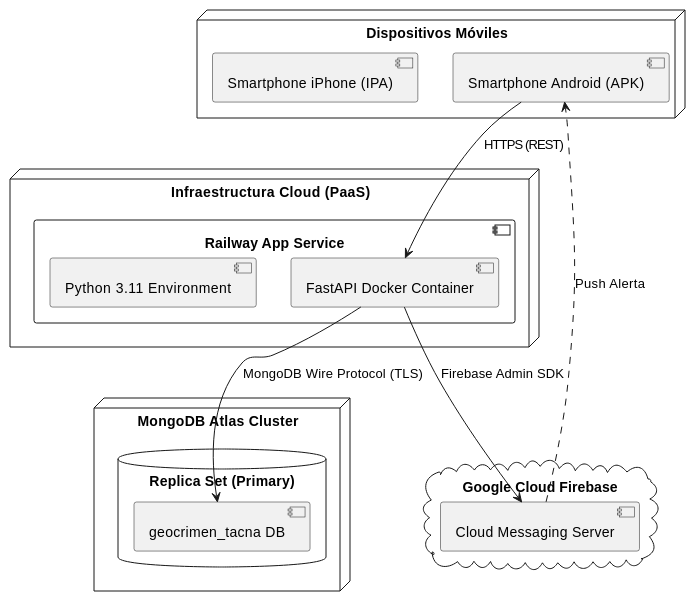
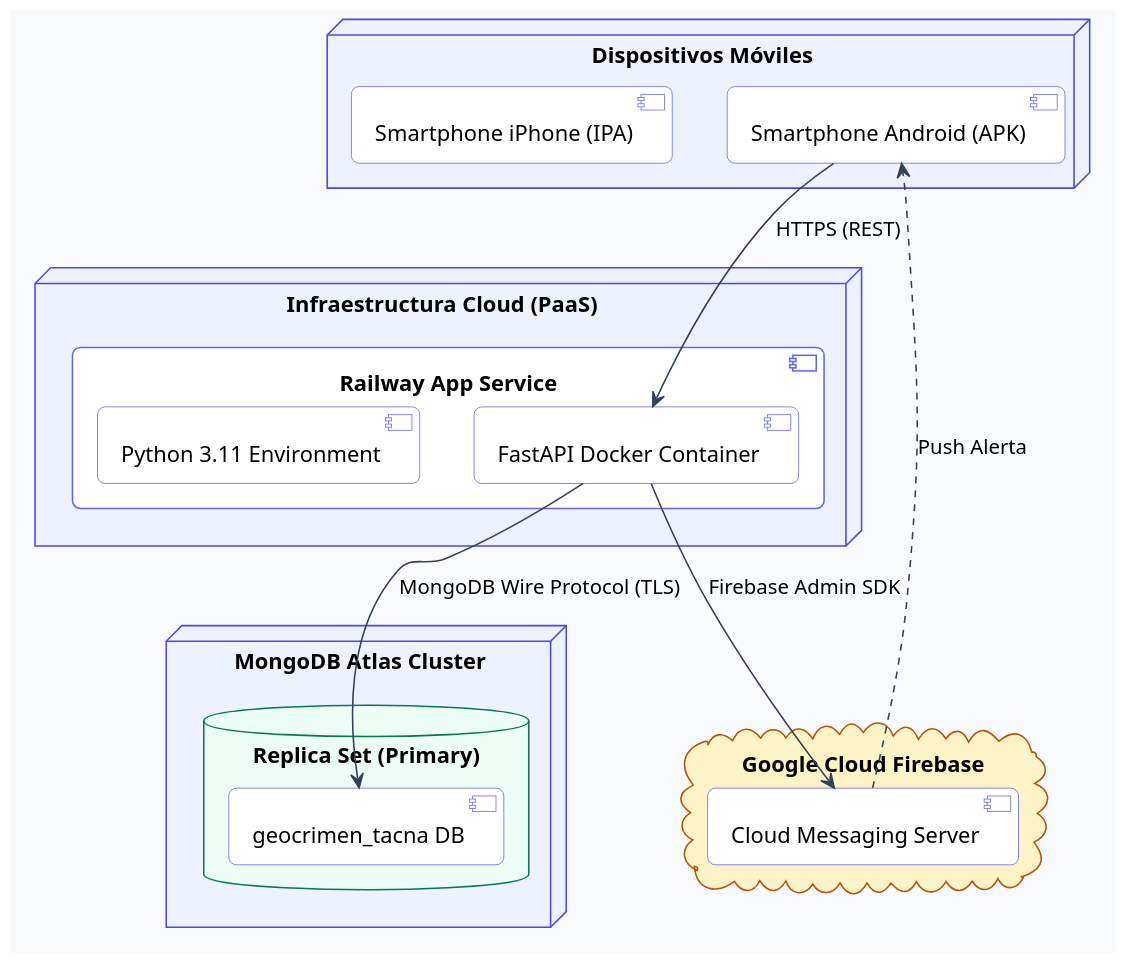
The sixth of 6 diagrams in docs/FD04-EPIS-Informe SAD de Proyecto.md (pieroalexanderppc/sgeo_pp), drawn with PlantUML before and after one commit. The commit also changed other lines of this file and 15 other files, not shown here.

````diff
--- a/docs/FD04-EPIS-Informe SAD de Proyecto.md
+++ b/docs/FD04-EPIS-Informe SAD de Proyecto.md
@@ -308,30 +362,45 @@
 ```plantuml
 @startuml
+skinparam shadowing false
+skinparam roundcorner 10
+skinparam dpi 150
+skinparam defaultFontName Segoe UI
+skinparam backgroundColor #F8FAFC
+skinparam ArrowColor #334155
+skinparam NodeBackgroundColor #EEF2FF
+skinparam NodeBorderColor #4F46E5
+skinparam ComponentBackgroundColor #FFFFFF
+skinparam ComponentBorderColor #6366F1
+skinparam DatabaseBackgroundColor #ECFDF5
+skinparam DatabaseBorderColor #047857
+skinparam CloudBackgroundColor #FEF3C7
+skinparam CloudBorderColor #B45309
+
 node "Dispositivos Móviles" {
   [Smartphone Android (APK)]
   [Smartphone iPhone (IPA)]
 }
 
 node "Infraestructura Cloud (PaaS)" {
   component "Railway App Service" {
     [FastAPI Docker Container]
     [Python 3.11 Environment]
   }
 }
 
 node "MongoDB Atlas Cluster" {
   database "Replica Set (Primary)" {
     [geocrimen_tacna DB]
   }
 }
 
 cloud "Google Cloud Firebase" {
   [Cloud Messaging Server]
 }
 
 [Smartphone Android (APK)] --> [FastAPI Docker Container] : HTTPS (REST)
 [FastAPI Docker Container] --> [geocrimen_tacna DB] : MongoDB Wire Protocol (TLS)
 [FastAPI Docker Container] --> [Cloud Messaging Server] : Firebase Admin SDK
 [Cloud Messaging Server] -.> [Smartphone Android (APK)] : Push Alerta
 @enduml
 ```
````
